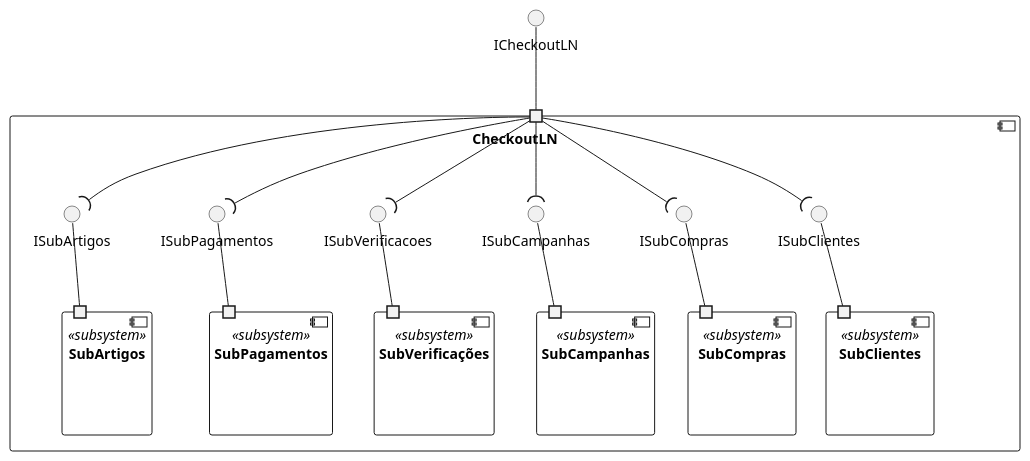
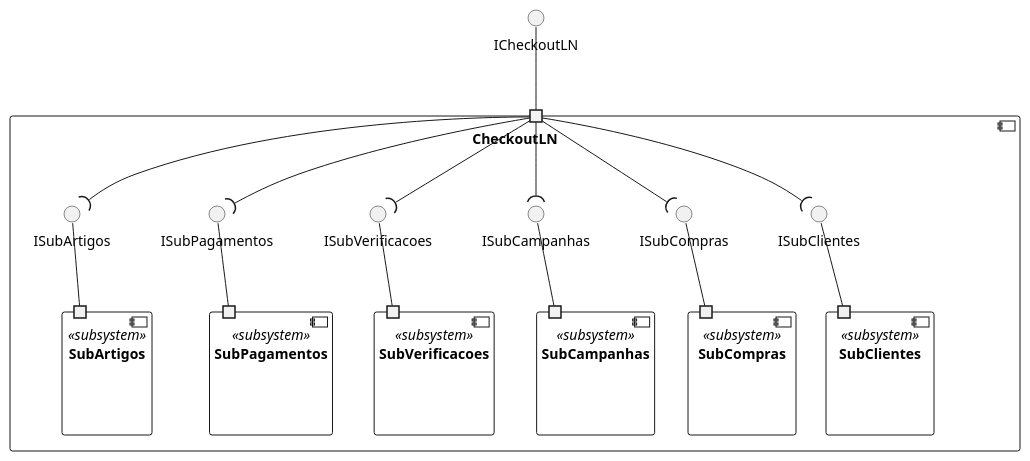
Before and after one commit to xana06/study_: the diagram in modelos/2-desenho/diagrama_componentes.puml, drawn with PlantUML. The commit also changed 23 other files, not shown here.

```diff
--- a/modelos/2-desenho/diagrama_componentes.puml
+++ b/modelos/2-desenho/diagrama_componentes.puml
@@ -1,56 +1,56 @@
 @startuml diagrama_componentes
 
 interface ICheckoutLN
 
 component CheckoutLN as cLN {
     portin " " as pLN
 
     component "SubClientes" as c1 <<subsystem>> {
         portin " " as pCli
     }
 
     component "SubCompras" as c2 <<subsystem>> {
         portin " " as pCom
     }
 
     component "SubCampanhas" as c3 <<subsystem>> {
         portin " " as pCam
     }
 
-    component "SubVerificações" as c4 <<subsystem>> {
+    component "SubVerificacoes" as c4 <<subsystem>> {
         portin " " as pVer
     }
 
     component "SubPagamentos" as c5 <<subsystem>> {
         portin " " as pPag
     }
 
     component "SubArtigos" as c6 <<subsystem>> {
         portin " " as pArt
     }
 
     interface ISubClientes
     interface ISubCompras
     interface ISubCampanhas
     interface ISubVerificacoes
     interface ISubPagamentos
     interface ISubArtigos
 
     ISubClientes -- pCli
     ISubCompras -- pCom
     ISubCampanhas -- pCam
     ISubVerificacoes -- pVer
     ISubPagamentos -- pPag
     ISubArtigos -- pArt
 
     pLN --( ISubClientes
     pLN --( ISubCompras
     pLN --( ISubCampanhas
     pLN --( ISubVerificacoes
     pLN --( ISubPagamentos
     pLN --( ISubArtigos
 }
 
 ICheckoutLN -- pLN
 
 @enduml
```
